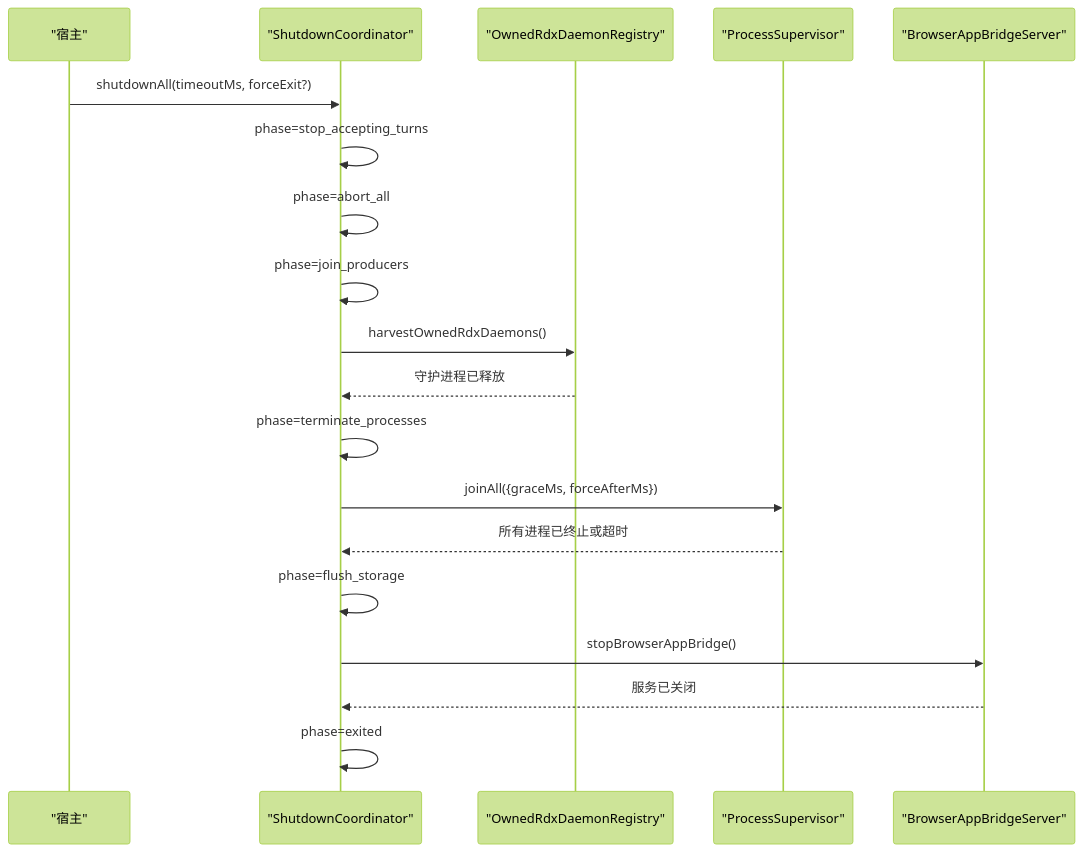
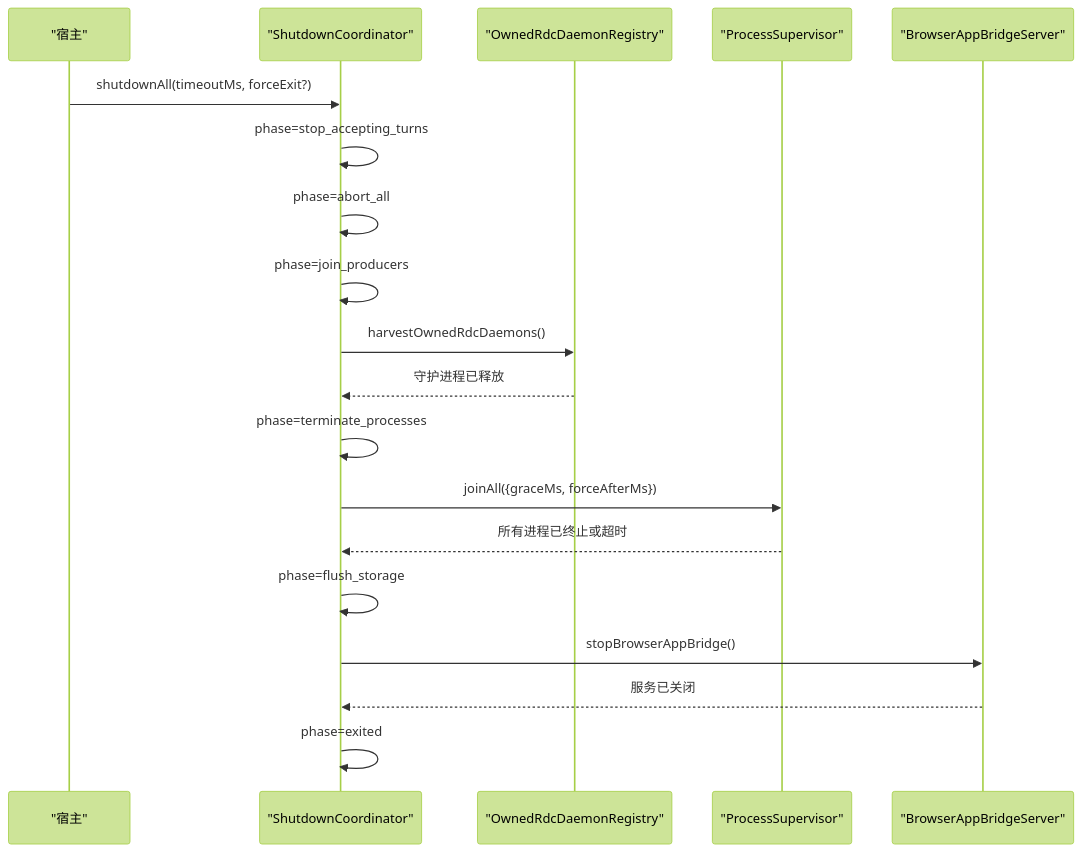
Before and after one commit to haolange/RDC-Agent: the eighth of 8 diagrams in .qoder/repowiki/zh/content/架构设计/主进程架构/生命周期管理.md, drawn with Mermaid (forest theme). The commit also changed other lines of this file and 557 other files, not shown here.

````diff
--- a/.qoder/repowiki/zh/content/架构设计/主进程架构/生命周期管理.md
+++ b/.qoder/repowiki/zh/content/架构设计/主进程架构/生命周期管理.md
@@ -389,21 +389,21 @@
 ```mermaid
 sequenceDiagram
 participant Host as "宿主"
 participant SC as "ShutdownCoordinator"
-participant ORD as "OwnedRdxDaemonRegistry"
+participant ORD as "OwnedRdcDaemonRegistry"
 participant PS as "ProcessSupervisor"
 participant BBS as "BrowserAppBridgeServer"
 Host->>SC : shutdownAll(timeoutMs, forceExit?)
 SC->>SC : phase=stop_accepting_turns
 SC->>SC : phase=abort_all
 SC->>SC : phase=join_producers
-SC->>ORD : harvestOwnedRdxDaemons()
+SC->>ORD : harvestOwnedRdcDaemons()
 ORD-->>SC : 守护进程已释放
 SC->>SC : phase=terminate_processes
 SC->>PS : joinAll({graceMs, forceAfterMs})
 PS-->>SC : 所有进程已终止或超时
 SC->>SC : phase=flush_storage
 SC->>BBS : stopBrowserAppBridge()
 BBS-->>SC : 服务已关闭
 SC->>SC : phase=exited
 ```
````
